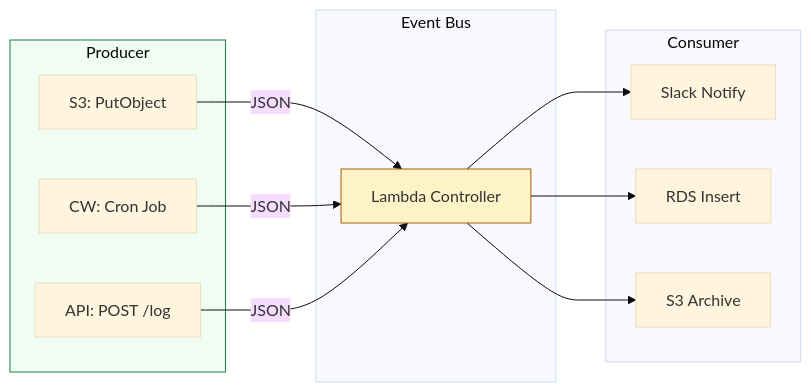
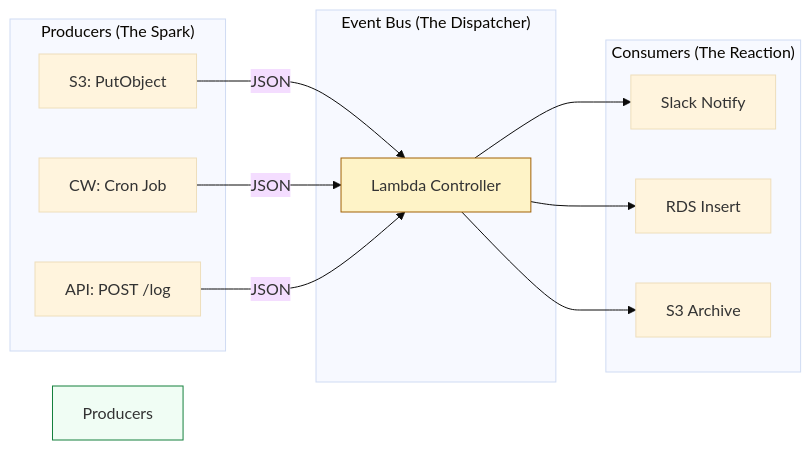
Before and after one commit to Ganil151/Devops: the diagram in 2-Intermediate/02-Phase-2/01-Infrastructure-Automation/01-Scripting-Automation/02-Python-for-Infrastructure/03-Part-3-The-Building-Blocks/02-Serverless-and-Lambda/02-Event-Architecture/README.md, drawn with Mermaid (base theme). The commit also changed other lines of this file and 490 other files, not shown here.

````diff
--- a/2-Intermediate/02-Phase-2/01-Infrastructure-Automation/01-Scripting-Automation/02-Python-for-Infrastructure/03-Part-3-The-Building-Blocks/02-Serverless-and-Lambda/02-Event-Architecture/README.md
+++ b/2-Intermediate/02-Phase-2/01-Infrastructure-Automation/01-Scripting-Automation/02-Python-for-Infrastructure/03-Part-3-The-Building-Blocks/02-Serverless-and-Lambda/02-Event-Architecture/README.md
@@ -24,23 +39,23 @@
 ```mermaid
 graph LR
-    subgraph "Producer"
+    subgraph "Producers (The Spark)"
         A[S3: PutObject]
         B[CW: Cron Job]
         C[API: POST /log]
     end
 
-    subgraph "Event Bus"
+    subgraph "Event Bus (The Dispatcher)"
         A --> |JSON| L[Lambda Controller]
         B --> |JSON| L
         C --> |JSON| L
     end
 
-    subgraph "Consumer"
+    subgraph "Consumers (The Reaction)"
         L --> D[Slack Notify]
         L --> E[RDS Insert]
         L --> F[S3 Archive]
     end
 
     style L fill:#fef3c7,stroke:#a16207
-    style Producer fill:#f0fdf4,stroke:#15803d
+    style Producers fill:#f0fdf4,stroke:#15803d
 ```
````
